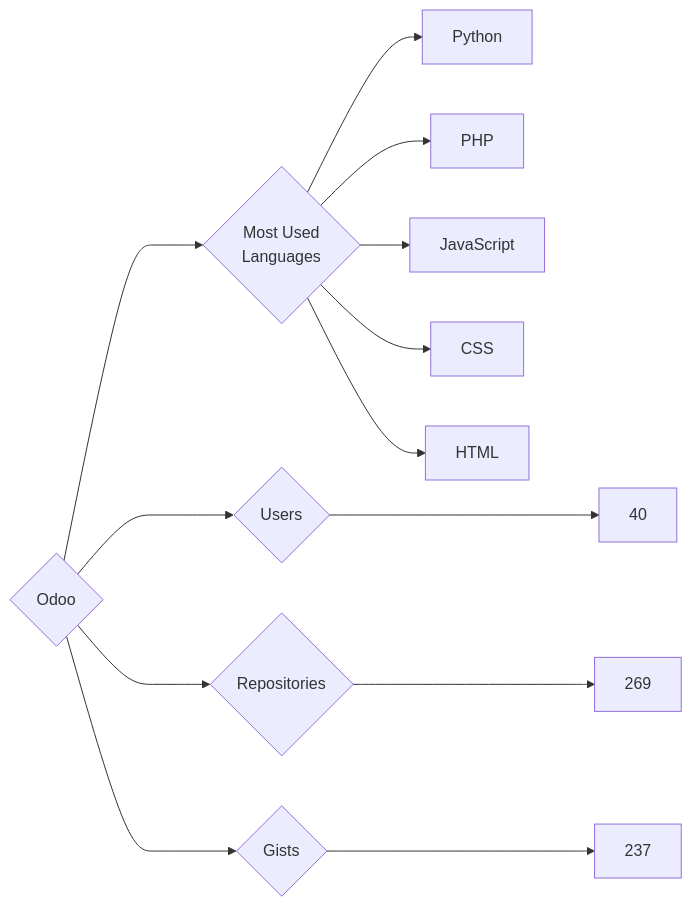
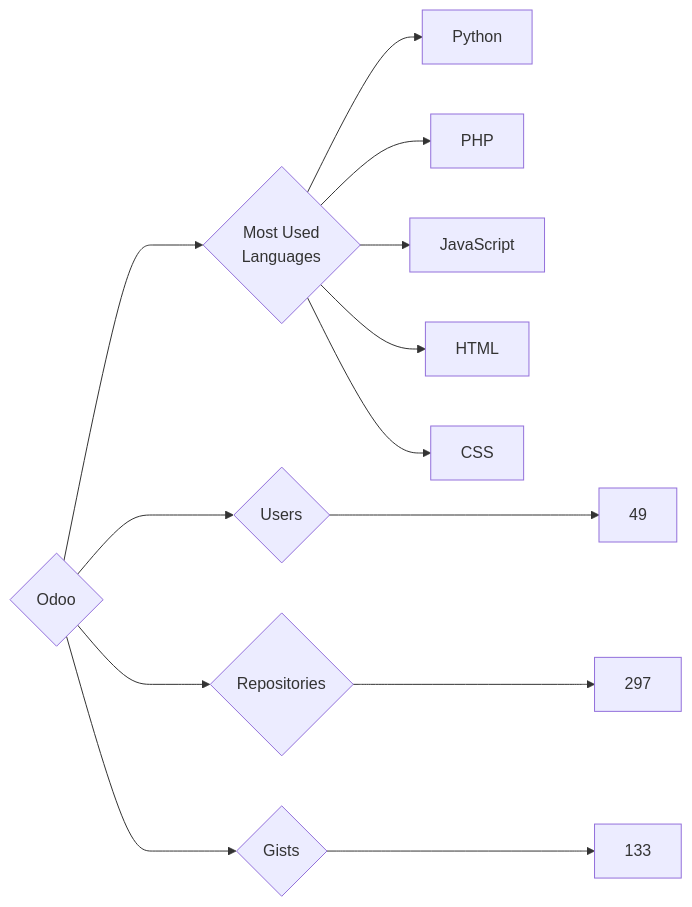
Before and after one commit to trickest/insiders: the diagram in targets/Odoo/README.md, drawn with Mermaid. The commit also changed 796 other files, not shown here.

````diff
--- a/targets/Odoo/README.md
+++ b/targets/Odoo/README.md
@@ -3,13 +3,13 @@
 ```mermaid
 graph LR
 COMPANY_NAME{Odoo}
-COMPANY_NAME ---> U{Users} ---> UN[40]
-COMPANY_NAME ---> R{Repositories} ---> RN[269]
-COMPANY_NAME ---> G{Gists} ---> GN[237]
+COMPANY_NAME ---> U{Users} ---> UN[49]
+COMPANY_NAME ---> R{Repositories} ---> RN[297]
+COMPANY_NAME ---> G{Gists} ---> GN[133]
 COMPANY_NAME ---> ML{Most Used<br>Languages}
 ML --> Python[Python]
 ML --> PHP[PHP]
 ML --> JavaScript[JavaScript]
+ML --> HTML[HTML]
 ML --> CSS[CSS]
-ML --> HTML[HTML]
 ```
````
